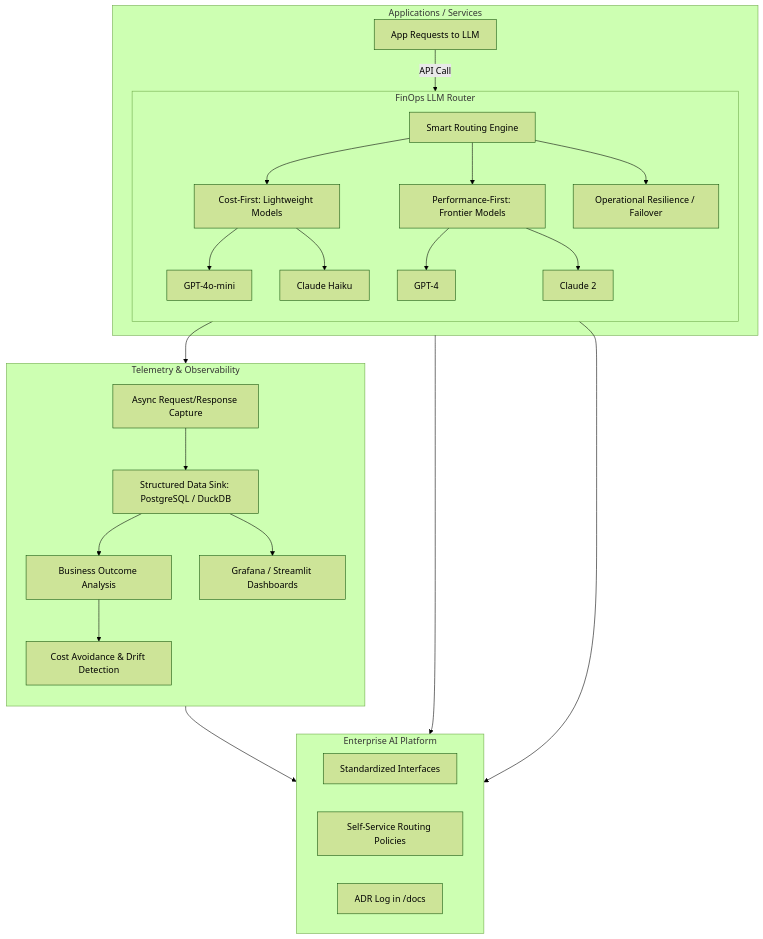
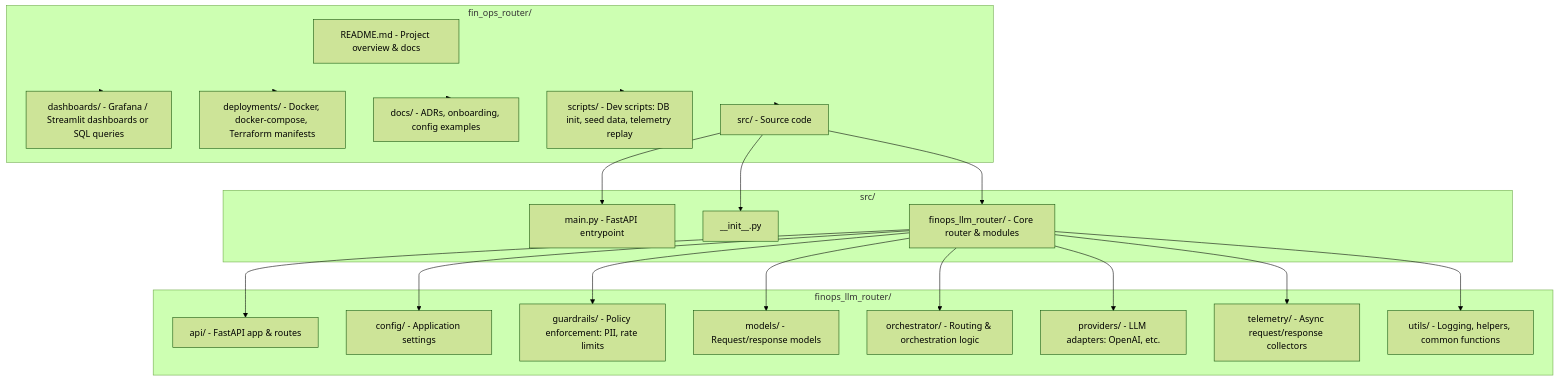
One commit to susurro0/deniz_cingoez_portfolio.github.io changed the first of 3 diagrams in architecture-lab/poc-labs/fin_ops_router/README.md. Above: the diagram before and after it, drawn with Mermaid (forest theme). The commit also changed other lines of this file, not shown here.

Commit message:
update readme - update project structure and diagram

````diff
--- a/architecture-lab/poc-labs/fin_ops_router/README.md
+++ b/architecture-lab/poc-labs/fin_ops_router/README.md
@@ -32,49 +32,48 @@
 ```mermaid
 flowchart TD
-    %% Incoming Applications
-    subgraph Apps[Applications / Services]
-        A[App Requests to LLM] -->|API Call| Router
+    subgraph Root["fin_ops_router/"]
+        README[README.md - Project overview & docs]
+        Dash[dashboards/ - Grafana / Streamlit dashboards or SQL queries]
+        Deploy[deployments/ - Docker, docker-compose, Terraform manifests]
+        Docs[docs/ - ADRs, onboarding, config examples]
+        Scripts[scripts/ - Dev scripts: DB init, seed data, telemetry replay]
+        Src[src/ - Source code]
     end
 
-    %% Router / Control Plane
-    subgraph Router["FinOps LLM Router"]
-        direction TB
-        RouterEngine[Smart Routing Engine]
-
-        RouterEngine --> CostFirst[Cost-First: Lightweight Models]
-        RouterEngine --> PerfFirst[Performance-First: Frontier Models]
-        RouterEngine --> Failover[Operational Resilience / Failover]
-
-        %% Models
-        CostFirst --> GPT4Mini[GPT-4o-mini]
-        CostFirst --> ClaudeHaiku[Claude Haiku]
-
-        PerfFirst --> GPT4[GPT-4]
-        PerfFirst --> Claude2[Claude 2]
+    subgraph SrcFolder["src/"]
+        Main[main.py - FastAPI entrypoint]
+        Init[__init__.py]
+        App[finops_llm_router/ - Core router & modules]
     end
 
-    %% Telemetry & Observability
-    subgraph Telemetry["Telemetry & Observability"]
-        direction TB
-        TelemetryPipeline[Async Request/Response Capture]
-        TelemetryPipeline --> DataSink[Structured Data Sink: PostgreSQL / DuckDB]
-        DataSink --> Analytics[Business Outcome Analysis]
-        DataSink --> Dashboards[Grafana / Streamlit Dashboards]
-        Analytics --> SavingsAudit[Cost Avoidance & Drift Detection]
+    subgraph AppFolder["finops_llm_router/"]
+        API[api/ - FastAPI app & routes]
+        Config[config/ - Application settings]
+        Guard[guardrails/ - Policy enforcement: PII, rate limits]
+        Models[models/ - Request/response models]
+        Orchestrator[orchestrator/ - Routing & orchestration logic]
+        Providers[providers/ - LLM adapters: OpenAI, etc.]
+        Telemetry[telemetry/ - Async request/response collectors]
+        Utils[utils/ - Logging, helpers, common functions]
     end
 
-    %% Connections
-    RouterEngine --> TelemetryPipeline
+    Root --> Dash
+    Root --> Deploy
+    Root --> Docs
+    Root --> Scripts
+    Root --> Src
 
-    %% Paved Path / Enterprise Scale
-    subgraph Enterprise["Enterprise AI Platform"]
-        StandardAPI[Standardized Interfaces]
-        SelfService[Self-Service Routing Policies]
-        ADRLog[ADR Log in /docs]
-    end
+    Src --> Main
+    Src --> Init
+    Src --> App
 
-    Apps --> Enterprise
-    RouterEngine --> Enterprise
-    TelemetryPipeline --> Enterprise
+    App --> API
+    App --> Config
+    App --> Guard
+    App --> Models
+    App --> Orchestrator
+    App --> Providers
+    App --> Telemetry
+    App --> Utils
 
 ```
````
